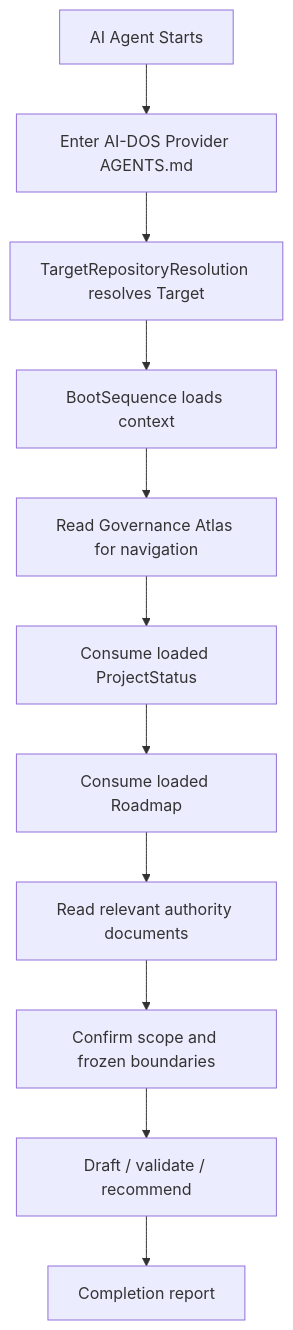
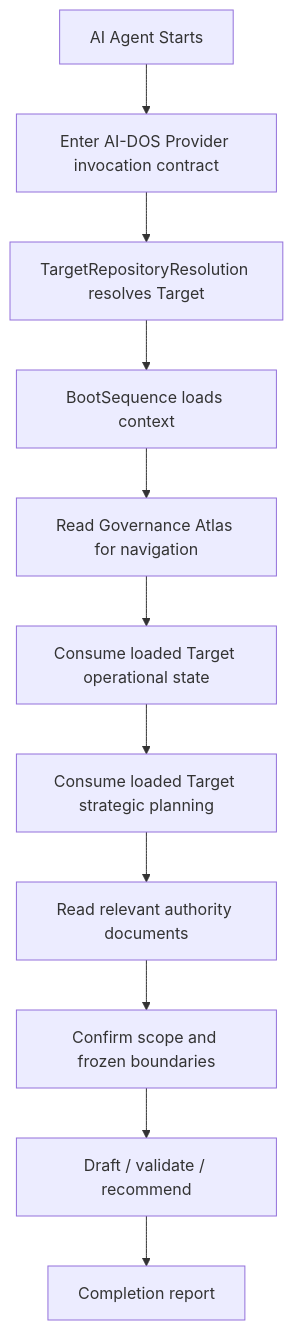
Before and after one commit to doallon/forge-ai: the ninth of 11 diagrams in docs/AI/GOVERNANCE.md, drawn with Mermaid. The commit also changed other lines of this file and 5 other files, not shown here.

Commit message:
Decontaminate AI-DOS core target dependencies

````diff
--- a/docs/AI/GOVERNANCE.md
+++ b/docs/AI/GOVERNANCE.md
@@ -798,15 +798,15 @@
 ```mermaid
 flowchart TD
     Start[AI Agent Starts]
-    AG[Enter AI-DOS Provider AGENTS.md]
+    AG[Enter AI-DOS Provider invocation contract]
     TRR[TargetRepositoryResolution resolves Target]
     BS[BootSequence loads context]
     GOV[Read Governance Atlas for navigation]
-    PS[Consume loaded ProjectStatus]
-    RD[Consume loaded Roadmap]
+    PS[Consume loaded Target operational state]
+    RD[Consume loaded Target strategic planning]
     Auth[Read relevant authority documents]
     Scope[Confirm scope and frozen boundaries]
     Work[Draft / validate / recommend]
     Report[Completion report]
     Start --> AG --> TRR --> BS --> GOV --> PS --> RD --> Auth --> Scope --> Work --> Report
 ```
````
